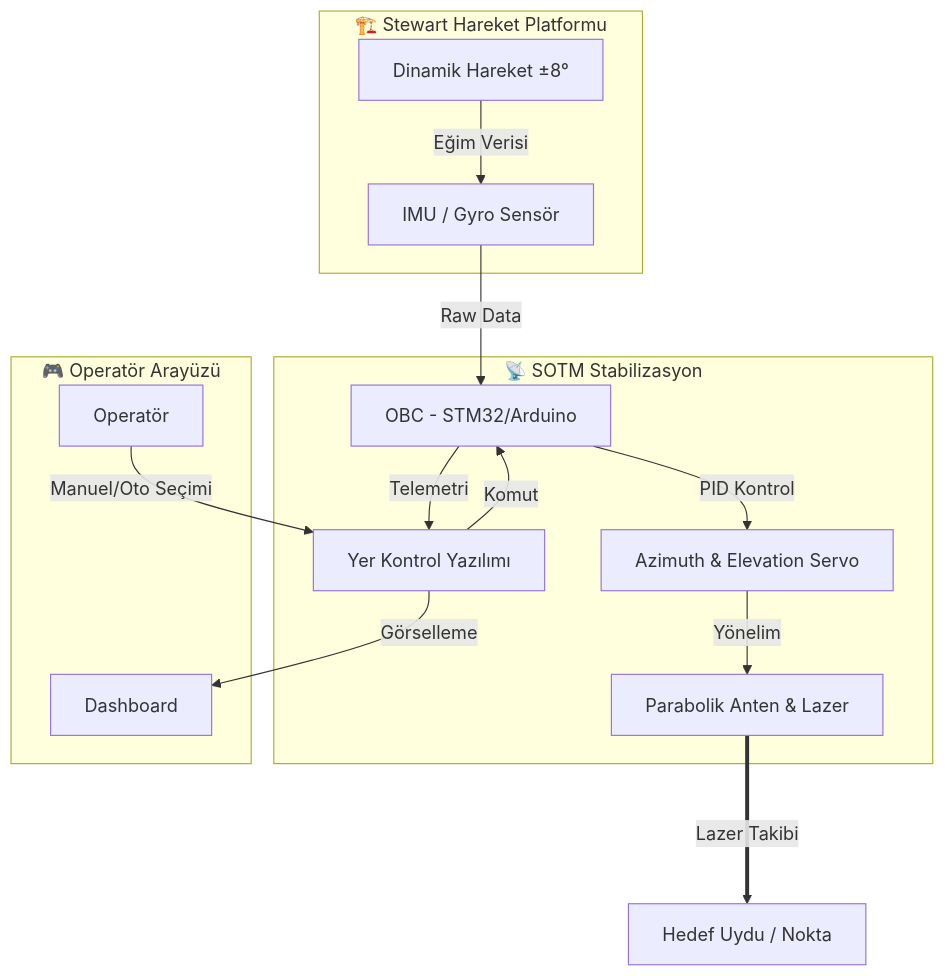
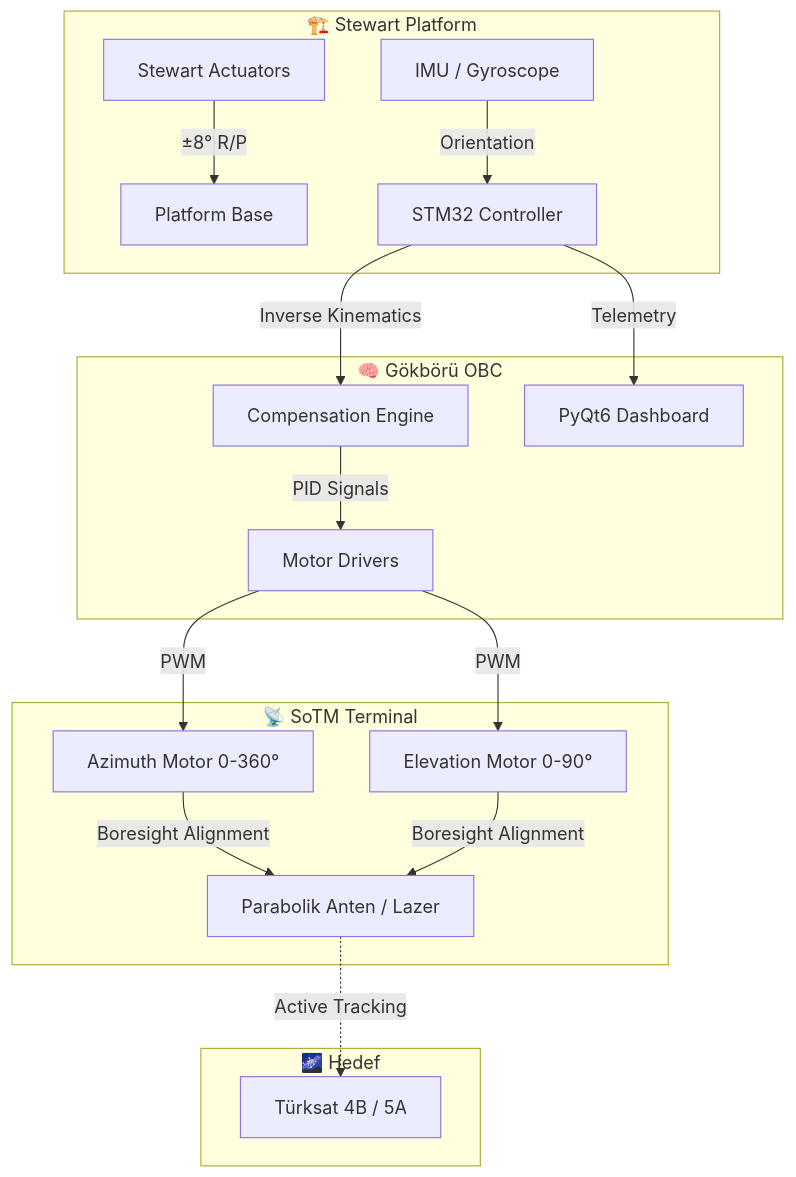
The diagram in README.md (bahattinyunus/teknofest_hareketli_uydu_terminali), drawn with Mermaid before and after one commit. The commit also changed other lines of this file and 11 other files, not shown here.

````diff
--- a/README.md
+++ b/README.md
@@ -33,21 +80,25 @@
 ```mermaid
 graph TD
-    subgraph Platform_Segment [🏗️ Stewart Hareket Platformu]
-        Move[Dinamik Hareket ±8°] -->|Eğim Verisi| IMU[IMU / Gyro Sensör]
+    subgraph Space_Layer [🌌 Hedef]
+        SAT[Türksat 4B / 5A]
     end
 
-    subgraph Terminal_Segment [📡 SOTM Stabilizasyon]
-        IMU -->|Raw Data| MCU[OBC - STM32/Arduino]
-        MCU -->|PID Kontrol| Motors[Azimuth & Elevation Servo]
-        Motors -->|Yönelim| Antenna[Parabolik Anten & Lazer]
-        MCU -->|Telemetri| GCS[Yer Kontrol Yazılımı]
+    subgraph Platform_Layer [🏗️ Stewart Platform]
+        MOT[Stewart Actuators] -->|±8° R/P| BASE[Platform Base]
+        IMU[IMU / Gyroscope] -->|Orientation| OBC
     end
 
-    subgraph Control_Segment [🎮 Operatör Arayüzü]
-        GCS -->|Komut| MCU
-        User[Operatör] -->|Manuel/Oto Seçimi| GCS
-        GCS -->|Görselleme| Dashboard[Dashboard]
+    subgraph Control_Layer [🧠 Gökbörü OBC]
+        OBC[STM32 Controller] -->|Inverse Kinematics| COMP[Compensation Engine]
+        COMP -->|PID Signals| DRV[Motor Drivers]
+        OBC -->|Telemetry| GUI[PyQt6 Dashboard]
     end
 
-    Antenna ===>|Lazer Takibi| Satellite[Hedef Uydu / Nokta]
+    subgraph Mechanical_Layer [📡 SoTM Terminal]
+        DRV -->|PWM| AZ[Azimuth Motor 0-360°]
+        DRV -->|PWM| EL[Elevation Motor 0-90°]
+        AZ & EL -->|Boresight Alignment| ANT[Parabolik Anten / Lazer]
+    end
+
+    ANT -.->|Active Tracking| SAT
 ```
````
